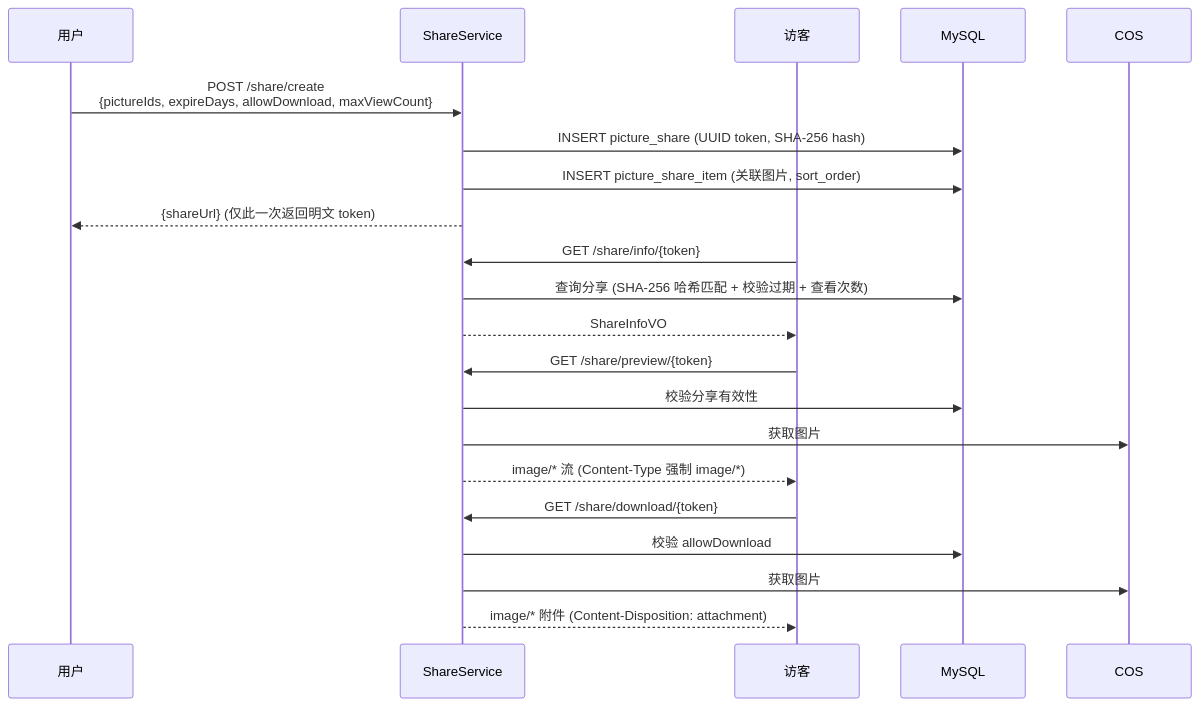
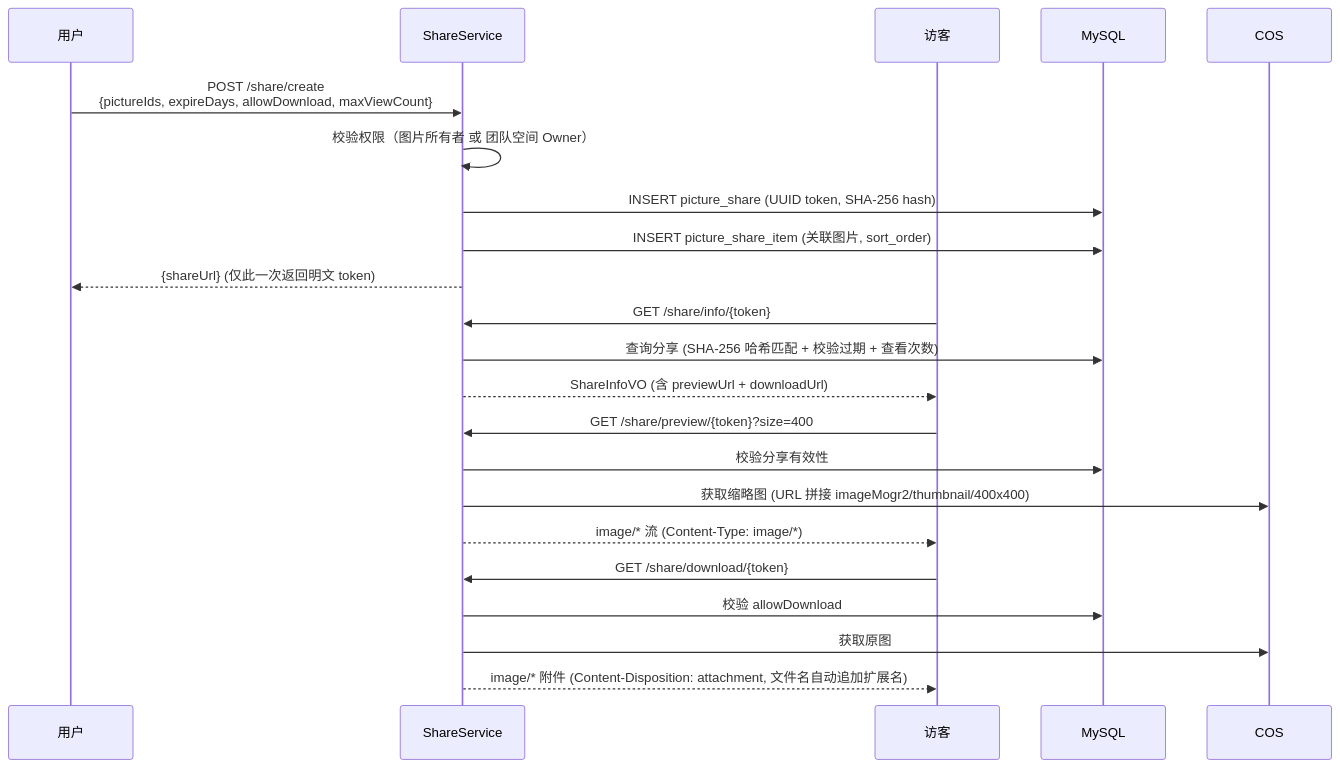
The eighth of 8 diagrams in model/uml_diagrams.md (FishDuM/AI.Image.Material.Collaboration.Platform), drawn with Mermaid before and after one commit. The commit also changed other lines of this file and 155 other files, not shown here.

````diff
--- a/model/uml_diagrams.md
+++ b/model/uml_diagrams.md
@@ -733,27 +733,28 @@
 ```mermaid
 sequenceDiagram
     participant U as 用户
     participant S as ShareService
     participant V as 访客
     participant DB as MySQL
     participant COS as COS
 
     U->>S: POST /share/create<br/>{pictureIds, expireDays, allowDownload, maxViewCount}
+    S->>S: 校验权限（图片所有者 或 团队空间 Owner）
     S->>DB: INSERT picture_share (UUID token, SHA-256 hash)
     S->>DB: INSERT picture_share_item (关联图片, sort_order)
     S-->>U: {shareUrl} (仅此一次返回明文 token)
 
     V->>S: GET /share/info/{token}
     S->>DB: 查询分享 (SHA-256 哈希匹配 + 校验过期 + 查看次数)
-    S-->>V: ShareInfoVO
+    S-->>V: ShareInfoVO (含 previewUrl + downloadUrl)
 
-    V->>S: GET /share/preview/{token}
+    V->>S: GET /share/preview/{token}?size=400
     S->>DB: 校验分享有效性
-    S->>COS: 获取图片
-    S-->>V: image/* 流 (Content-Type 强制 image/*)
+    S->>COS: 获取缩略图 (URL 拼接 imageMogr2/thumbnail/400x400)
+    S-->>V: image/* 流 (Content-Type: image/*)
 
     V->>S: GET /share/download/{token}
     S->>DB: 校验 allowDownload
-    S->>COS: 获取图片
-    S-->>V: image/* 附件 (Content-Disposition: attachment)
+    S->>COS: 获取原图
+    S-->>V: image/* 附件 (Content-Disposition: attachment, 文件名自动追加扩展名)
 ```
````
